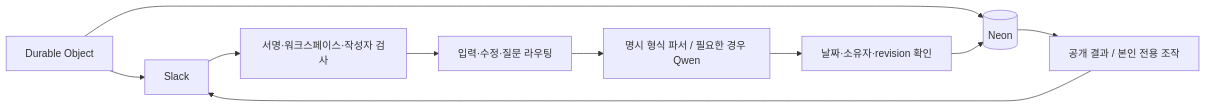
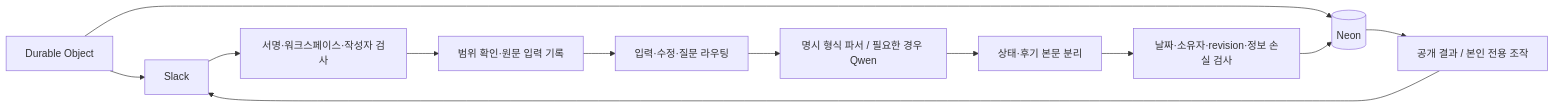
One commit to Betalgeuse/otl1 changed the first of 2 diagrams in docs/ARCHITECTURE.md. Above: the diagram before and after it, drawn with Mermaid. The commit also changed other lines of this file and 27 other files, not shown here.

````diff
--- a/docs/ARCHITECTURE.md
+++ b/docs/ARCHITECTURE.md
@@ -5,12 +5,14 @@
 ```mermaid
 flowchart LR
   Slack --> Signature[서명·워크스페이스·작성자 검사]
-  Signature --> Router[입력·수정·질문 라우팅]
+  Signature --> Intake[범위 확인·원문 입력 기록]
+  Intake --> Router[입력·수정·질문 라우팅]
   Router --> Parser[명시 형식 파서 / 필요한 경우 Qwen]
-  Parser --> Guard[날짜·소유자·revision 확인]
+  Parser --> Decision[상태·후기 본문 분리]
+  Decision --> Guard[날짜·소유자·revision·정보 손실 검사]
   Guard --> DB[(Neon)]
   DB --> Output[공개 결과 / 본인 전용 조작]
   Output --> Slack
   Clock[Durable Object] --> DB
   Clock --> Slack
 ```
````
